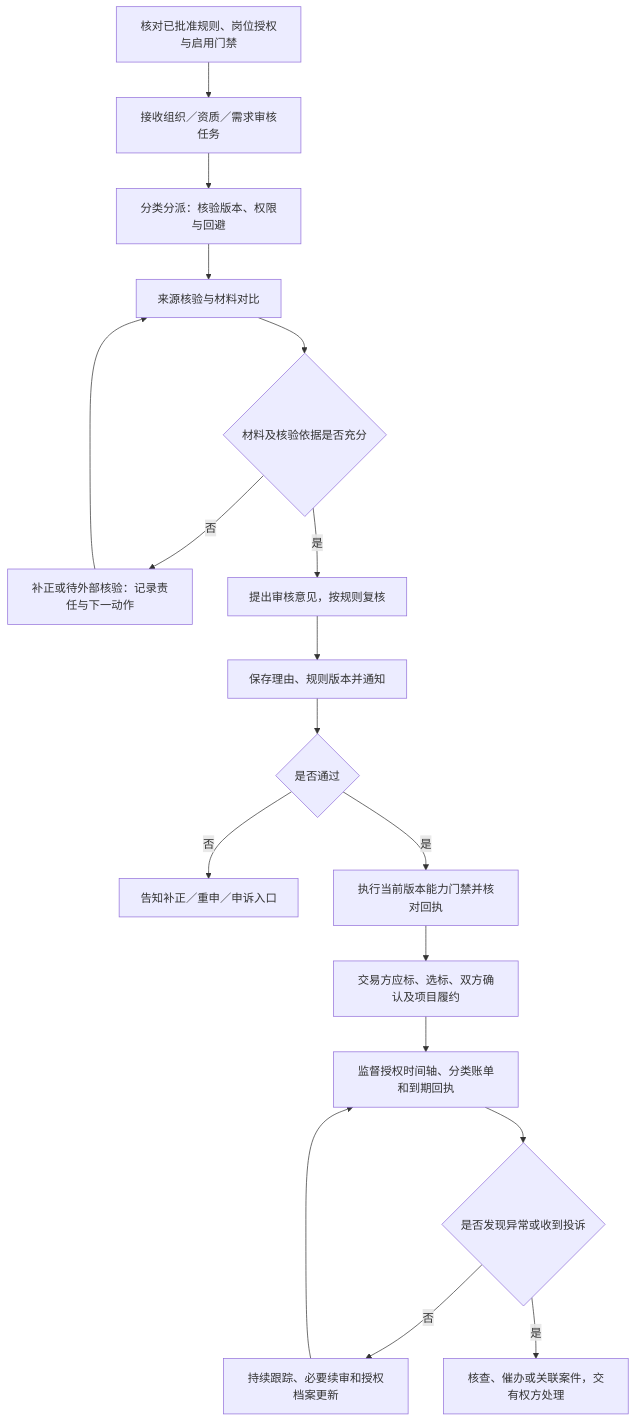
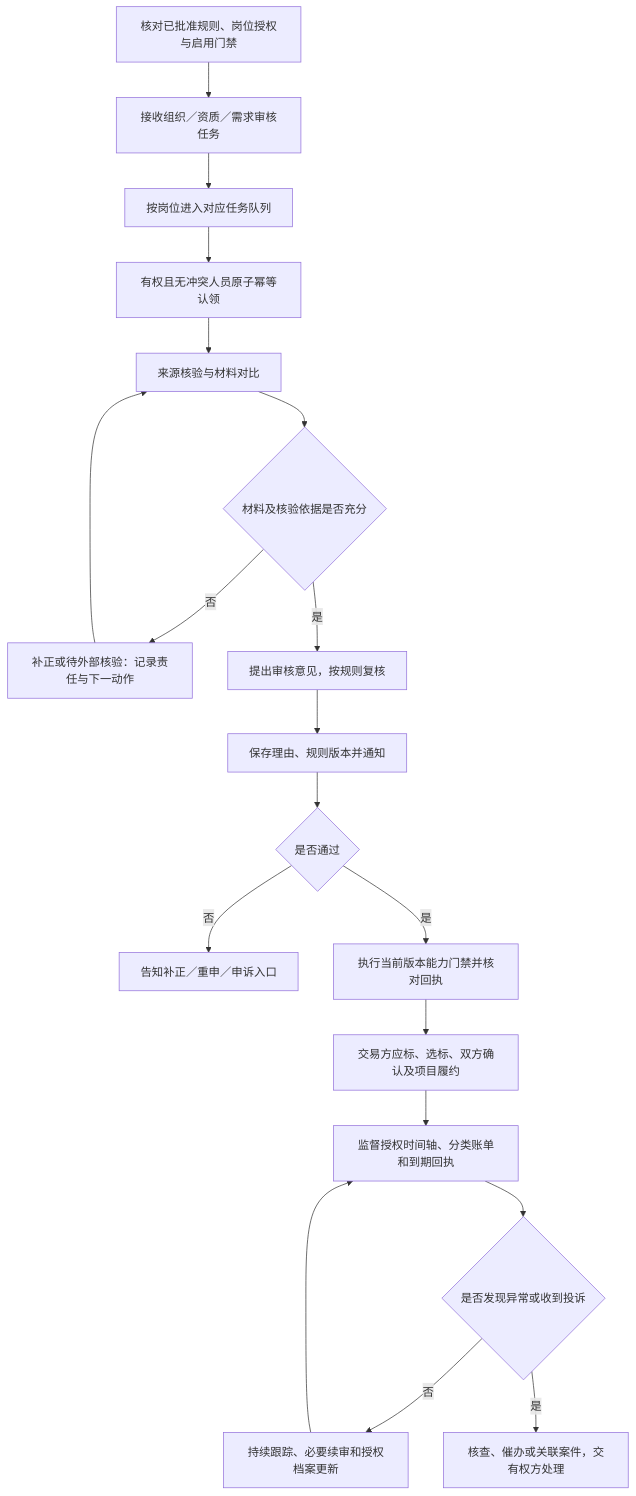
Before and after one commit to jihongxing/LaborAntermediaries: the first of 2 diagrams in docs/02-开发阶段/产品设计/06-角色与流程/平台方角色功能与全流程-v0.1.md, drawn with Mermaid. The commit also changed other lines of this file and 68 other files, not shown here.

````diff
--- a/docs/02-开发阶段/产品设计/06-角色与流程/平台方角色功能与全流程-v0.1.md
+++ b/docs/02-开发阶段/产品设计/06-角色与流程/平台方角色功能与全流程-v0.1.md
@@ -125,20 +127,21 @@
 ```mermaid
 flowchart TD
     Ready["核对已批准规则、岗位授权与启用门禁"] --> Intake["接收组织／资质／需求审核任务"]
-    Intake --> Assign["分类分派：核验版本、权限与回避"]
-    Assign --> Verify["来源核验与材料对比"]
+    Intake --> Queue["按岗位进入对应任务队列"]
+    Queue --> Claim["有权且无冲突人员原子幂等认领"]
+    Claim --> Verify["来源核验与材料对比"]
     Verify --> Enough{"材料及核验依据是否充分"}
     Enough -->|否| Supplement["补正或待外部核验：记录责任与下一动作"]
     Supplement --> Verify
     Enough -->|是| Opinion["提出审核意见，按规则复核"]
     Opinion --> Notify["保存理由、规则版本并通知"]
     Notify --> Pass{"是否通过"}
     Pass -->|否| Appeal["告知补正／重申／申诉入口"]
     Pass -->|是| Gate["执行当前版本能力门禁并核对回执"]
     Gate --> Parties["交易方应标、选标、双方确认及项目履约"]
     Parties --> Observe["监督授权时间轴、分类账单和到期回执"]
     Observe --> Abnormal{"是否发现异常或收到投诉"}
     Abnormal -->|否| Continue["持续跟踪、必要续审和授权档案更新"]
     Continue --> Observe
     Abnormal -->|是| Case["核查、催办或关联案件，交有权方处理"]
 ```
````
